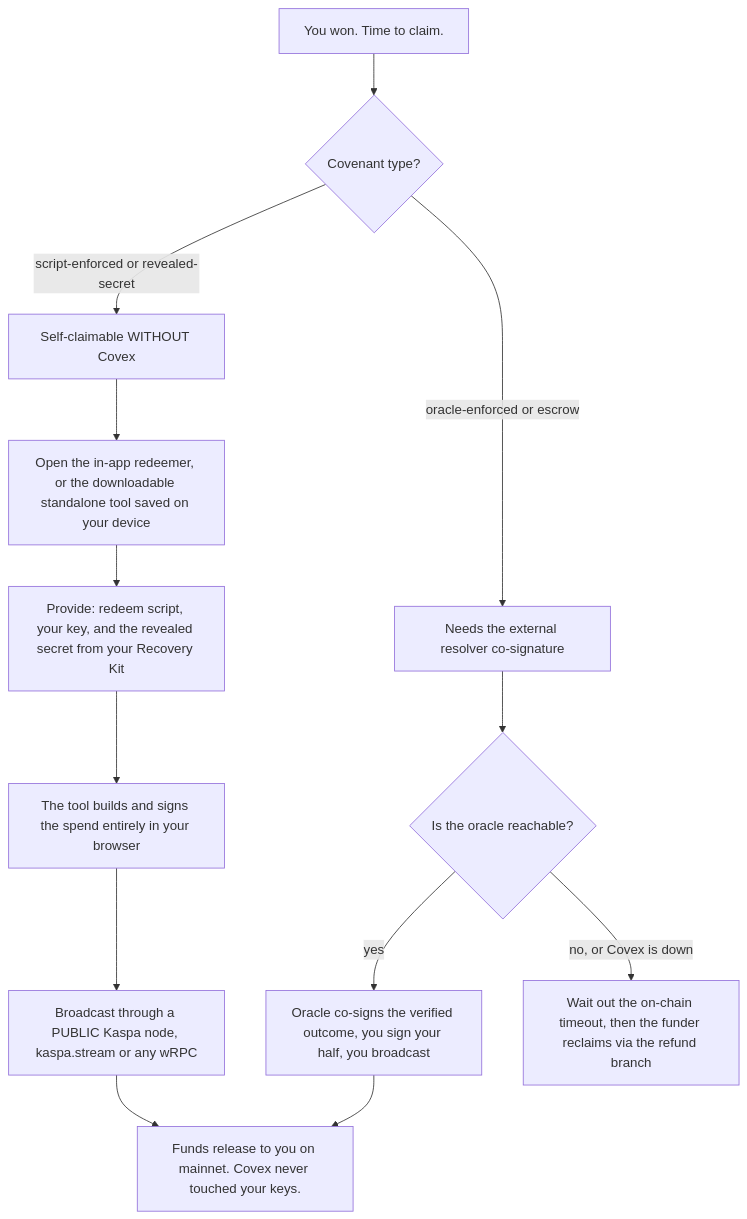
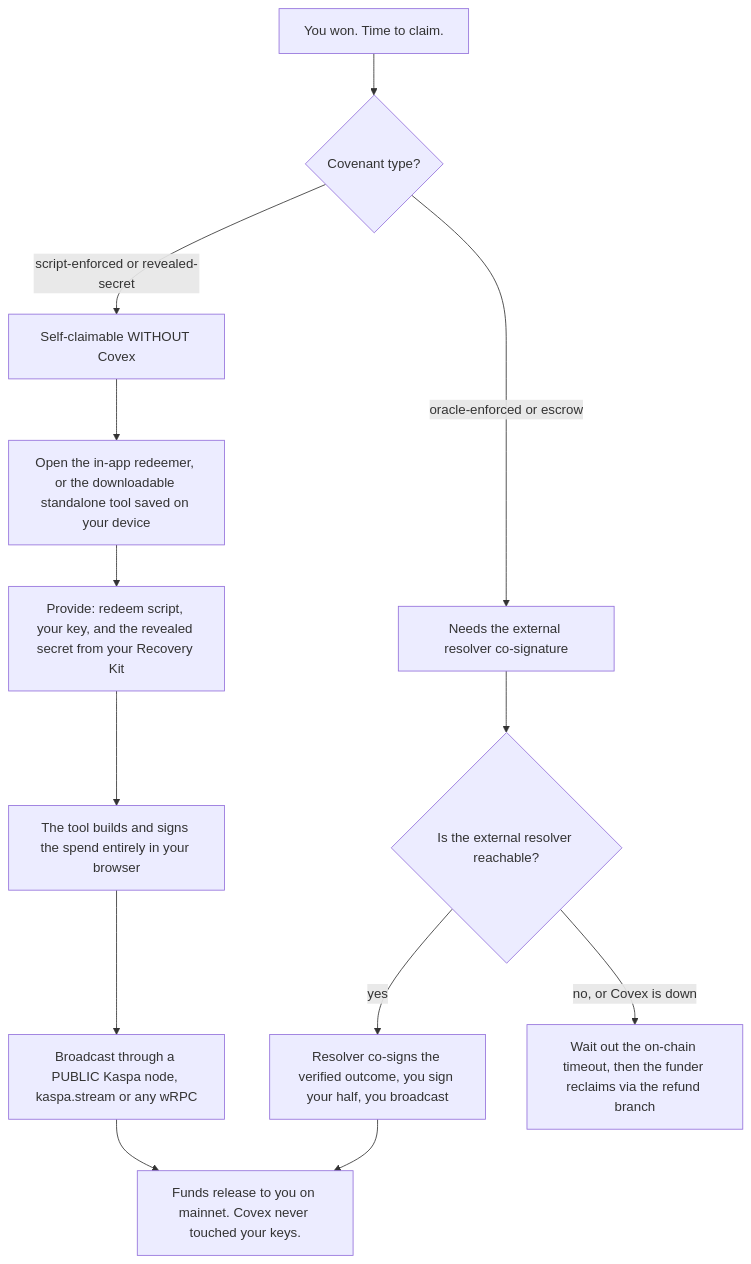
One commit to THTProtocol/Covex27 changed the fourth of 5 diagrams in README.md. Above: the diagram before and after it, drawn with Mermaid. The commit also changed other lines of this file and 14 other files, not shown here.

````diff
--- a/README.md
+++ b/README.md
@@ -212,17 +211,17 @@
 ```mermaid
 flowchart TD
   W["You won. Time to claim."] --> T{"Covenant type?"}
   T -->|script-enforced or revealed-secret| S1["Self-claimable WITHOUT Covex"]
   T -->|oracle-enforced or escrow| O1["Needs the external resolver co-signature"]
 
   S1 --> S2["Open the in-app redeemer, or the downloadable standalone tool saved on your device"]
   S2 --> S3["Provide: redeem script, your key, and the revealed secret from your Recovery Kit"]
   S3 --> S4["The tool builds and signs the spend entirely in your browser"]
   S4 --> S5["Broadcast through a PUBLIC Kaspa node, kaspa.stream or any wRPC"]
   S5 --> DONE["Funds release to you on mainnet. Covex never touched your keys."]
 
-  O1 --> O2{"Is the oracle reachable?"}
-  O2 -->|yes| O3["Oracle co-signs the verified outcome, you sign your half, you broadcast"]
+  O1 --> O2{"Is the external resolver reachable?"}
+  O2 -->|yes| O3["Resolver co-signs the verified outcome, you sign your half, you broadcast"]
   O2 -->|no, or Covex is down| O4["Wait out the on-chain timeout, then the funder reclaims via the refund branch"]
   O3 --> DONE
 ```
````
